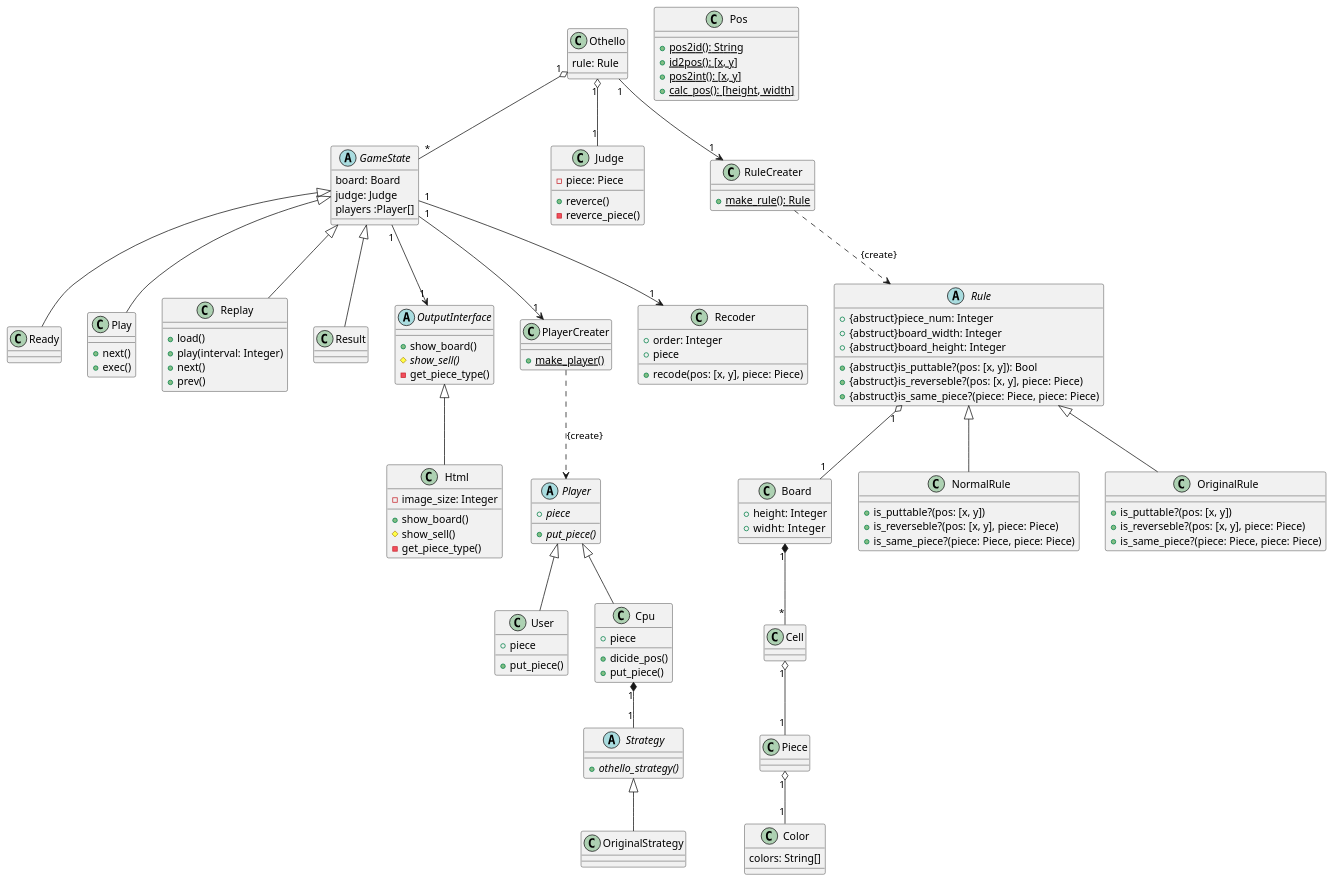
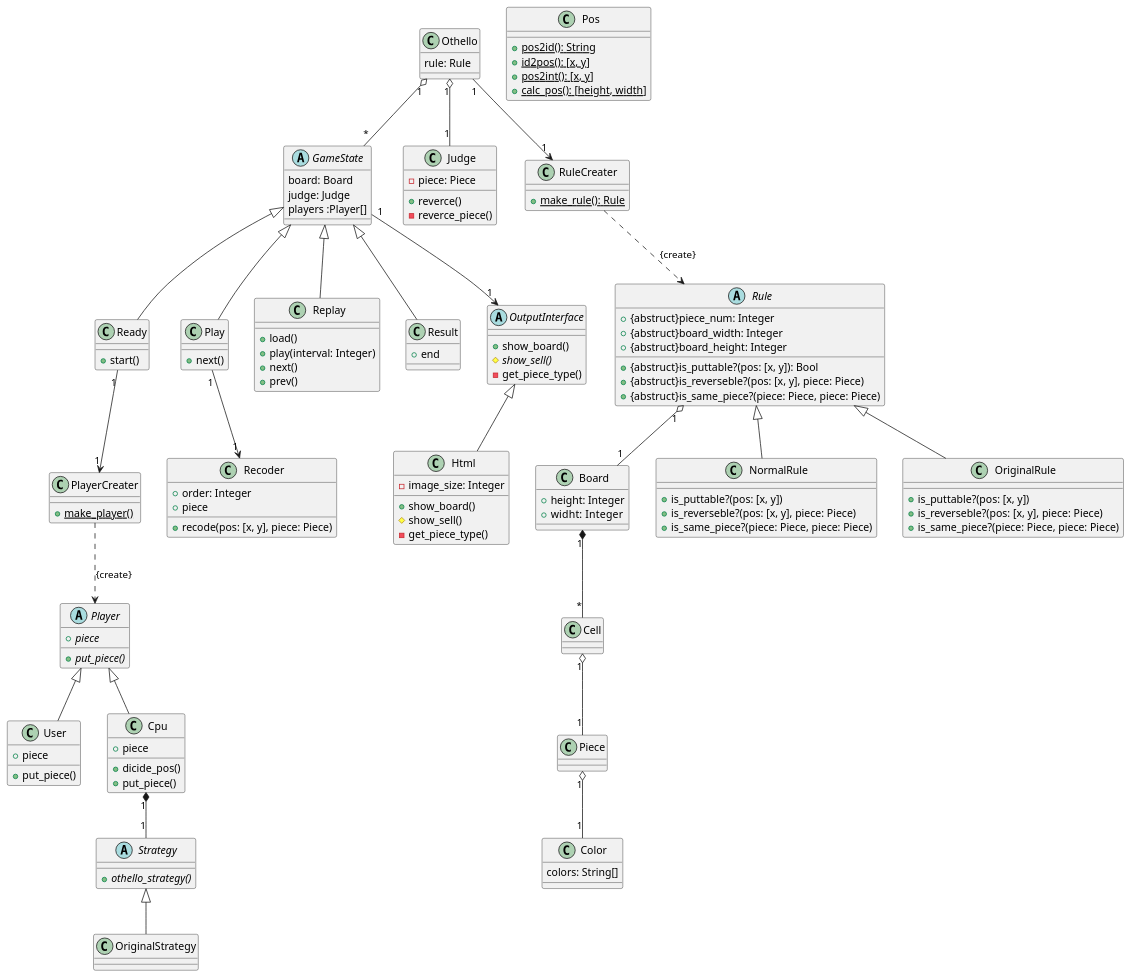
Before and after one commit to MaxMEllon/AppBox: the diagram in uml/othello.pu, drawn with PlantUML. The commit also changed 1 other file, not shown here.

Commit message:
edit: uml

```diff
--- a/uml/othello.pu
+++ b/uml/othello.pu
@@ -1,175 +1,176 @@
 @startuml{othello.png}
 
 class Othello {
   rule: Rule
 }
 
 abstract GameState {
   board: Board
   judge: Judge
   players :Player[]
 }
 
 class Board {
   +height: Integer
   +widht:  Integer
 }
 
 class Cell {
 }
 
 class Piece {
 }
 
 class Piece {
 }
 
 class Color {
   colors: String[]
 }
 
 class Pos {
   +{static} pos2id(): String
   +{static} id2pos(): [x, y]
   +{static} pos2int(): [x, y]
   +{static} calc_pos(): [height, width]
 }
 
 class Ready {
+  +start()
 }
 
 class Play {
   +next()
-  +exec()
 }
 
 class Replay {
   +load()
   +play(interval: Integer)
   +next()
   +prev()
 }
 
 class Result {
+  +end
 }
 
 ' Outputinterface {{{
 abstract OutputInterface {
   +show_board()
   #{abstract} show_sell()
   -get_piece_type()
 }
 
 class Html {
   -image_size: Integer
 
   +show_board()
   #show_sell()
   -get_piece_type()
 }
 ' }}}
 
 ' Player {{{
 abstract Player {
   +{abstract} piece
   +{abstract} put_piece()
 }
 
 class User {
   +piece
   +put_piece()
 }
 
 class Cpu {
   +piece
   +dicide_pos()
   +put_piece()
 }
 
 abstract Strategy {
   +{abstract} othello_strategy()
 }
 class OriginalStrategy {
 
 }
 
 class PlayerCreater {
   +{static} make_player()
 }
 ' }}}
 
 class Judge {
   -piece: Piece
   +reverce()
   -reverce_piece()
 }
 
 ' Rule {{{
 abstract Rule {
   +{abstruct}piece_num: Integer
   +{abstruct}board_width: Integer
   +{abstruct}board_height: Integer
 
   +{abstruct}is_puttable?(pos: [x, y]): Bool
   +{abstruct}is_reverseble?(pos: [x, y], piece: Piece)
   +{abstruct}is_same_piece?(piece: Piece, piece: Piece)
 }
 
 class NormalRule {
   +is_puttable?(pos: [x, y])
   +is_reverseble?(pos: [x, y], piece: Piece)
   +is_same_piece?(piece: Piece, piece: Piece)
 }
 
 class OriginalRule {
   +is_puttable?(pos: [x, y])
   +is_reverseble?(pos: [x, y], piece: Piece)
   +is_same_piece?(piece: Piece, piece: Piece)
 }
 
 class Recoder {
   +order: Integer
   +piece
   +recode(pos: [x, y], piece: Piece)
 }
 
 class RuleCreater {
   +{static} make_rule(): Rule
 }
 
 ' }}}
 
 ' 関連 {{{
 Othello "1" o-- "*" GameState
 Othello "1" o-- "1" Judge
 Othello "1" --> "1" RuleCreater
 
-GameState "1" --> "1" Recoder
 GameState <|-- Ready
 GameState <|-- Play
 GameState <|-- Replay
 GameState <|-- Result
-GameState "1" --> "1" PlayerCreater
 GameState "1" --> "1" OutputInterface
+Ready "1" --> "1" PlayerCreater
+Play "1" --> "1" Recoder
 
 Board "1" *-- "*" Cell
 
 RuleCreater ..> Rule : {create}
 Rule <|-- NormalRule
 Rule <|-- OriginalRule
 Rule "1" o-- "1" Board
 
 PlayerCreater ..> Player : {create}
 Player <|-- User
 Player <|-- Cpu
 
 Cpu "1" *-- "1" Strategy
 Strategy <|-- OriginalStrategy
 
 Cell  "1" o-- "1" Piece
 Piece "1" o-- "1" Color
 
 OutputInterface <|-- Html
 ' }}}
 
 @enduml
```
